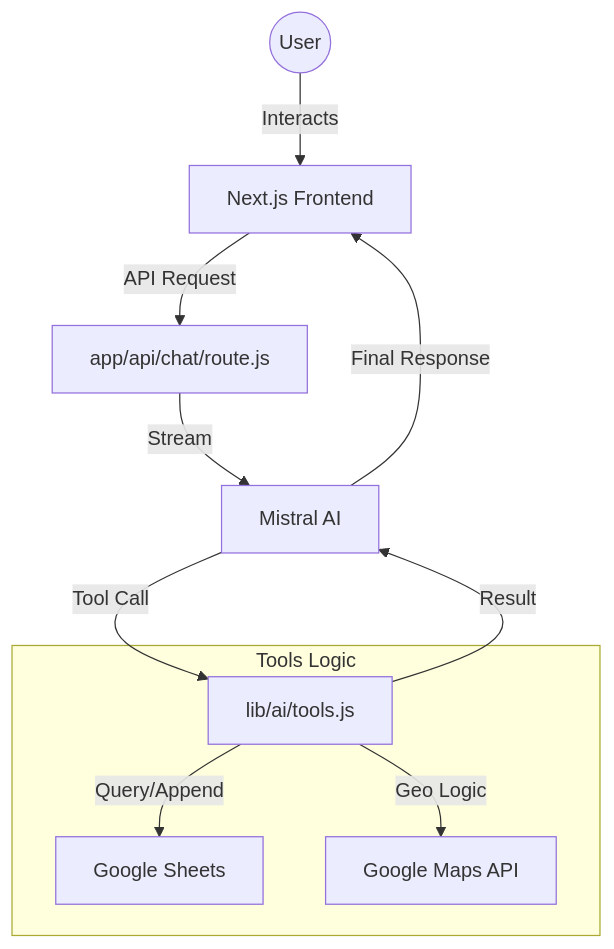
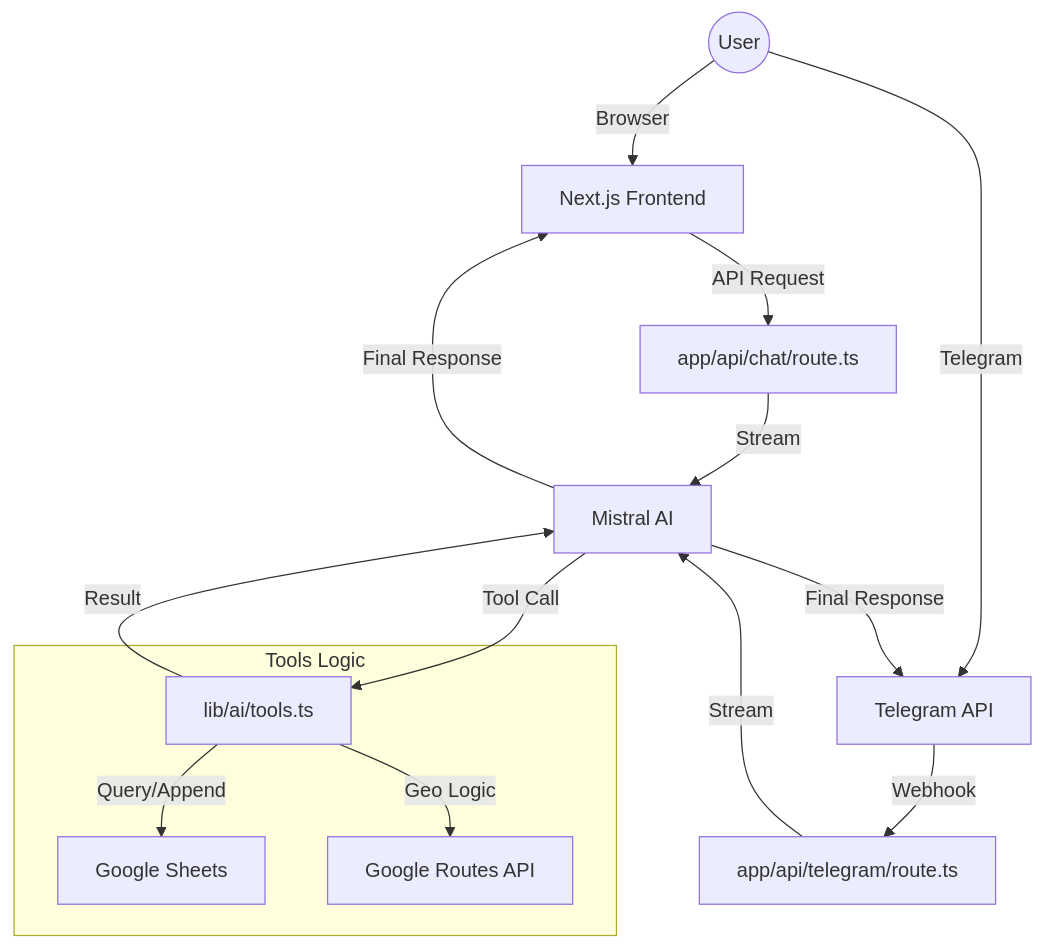
The diagram in AGENTS.md (rayhannr/places-to-go), drawn with Mermaid before and after one commit. The commit also changed other lines of this file and 3 other files, not shown here.

````diff
--- a/AGENTS.md
+++ b/AGENTS.md
@@ -41,15 +44,22 @@
 ```mermaid
 graph TD
-    User((User)) -->|Interacts| UI[Next.js Frontend]
-    UI -->|API Request| ChatRoute[app/api/chat/route.js]
+    User((User)) -->|Browser| UI[Next.js Frontend]
+    User -->|Telegram| TGBot[Telegram API]
+    
+    UI -->|API Request| ChatRoute[app/api/chat/route.ts]
+    TGBot -->|Webhook| TGBotRoute[app/api/telegram/route.ts]
+    
     ChatRoute -->|Stream| Mistral[Mistral AI]
-    Mistral -->|Tool Call| Tools[lib/ai/tools.js]
+    TGBotRoute -->|Stream| Mistral
+    
+    Mistral -->|Tool Call| Tools[lib/ai/tools.ts]
     
     subgraph Tools Logic
         Tools -->|Query/Append| Sheets[Google Sheets]
-        Tools -->|Geo Logic| Gmaps[Google Maps API]
+        Tools -->|Geo Logic| Gmaps[Google Routes API]
     end
     
     Tools -->|Result| Mistral
     Mistral -->|Final Response| UI
+    Mistral -->|Final Response| TGBot
 ```
````
